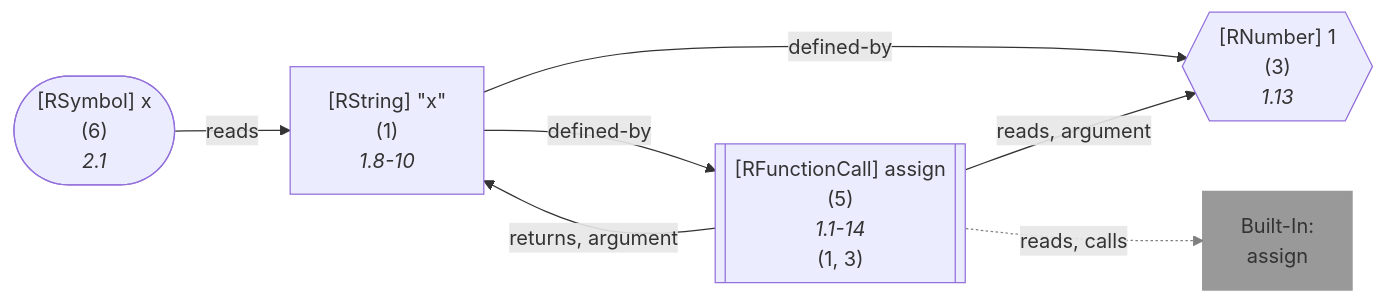
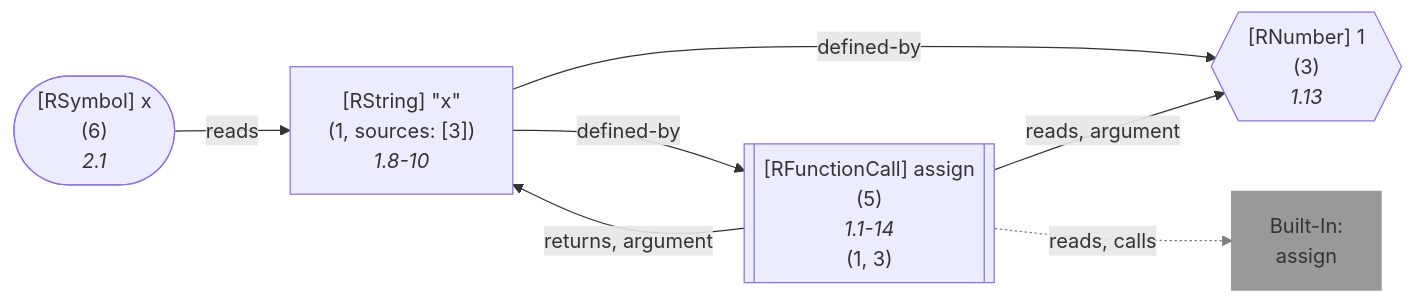
One commit to flowr-analysis/flowr changed diagram 24 of 58 in wiki/Dataflow Graph.md. Above: the diagram before and after it, drawn with Mermaid. The commit also changed other lines of this file and 90 other files, not shown here.

````diff
--- a/wiki/Dataflow Graph.md
+++ b/wiki/Dataflow Graph.md
@@ -2929,27 +2933,27 @@
 ```mermaid
 flowchart LR
     3{{"`#91;RNumber#93; 1
       (3)
       *1.13*`"}}
    %% No edges found for 3
     1["`#91;RString#93; #34;x#34;
-      (1)
+      (1, sources: [3])
       *1.8-10*`"]
     5[["`#91;RFunctionCall#93; assign
       (5)
       *1.1-14*
     (1, 3)`"]]
     built-in:assign["`Built-In:
 assign`"]
     style built-in:assign stroke:gray,fill:gray,stroke-width:2px,opacity:.8;
     6(["`#91;RSymbol#93; x
       (6)
       *2.1*`"])
     1 -->|"defined-by"| 3
     1 -->|"defined-by"| 5
     5 -->|"reads, argument"| 3
     5 -->|"returns, argument"| 1
     5 -.->|"reads, calls"| built-in:assign
     linkStyle 4 stroke:gray;
     6 -->|"reads"| 1
 ```
````
